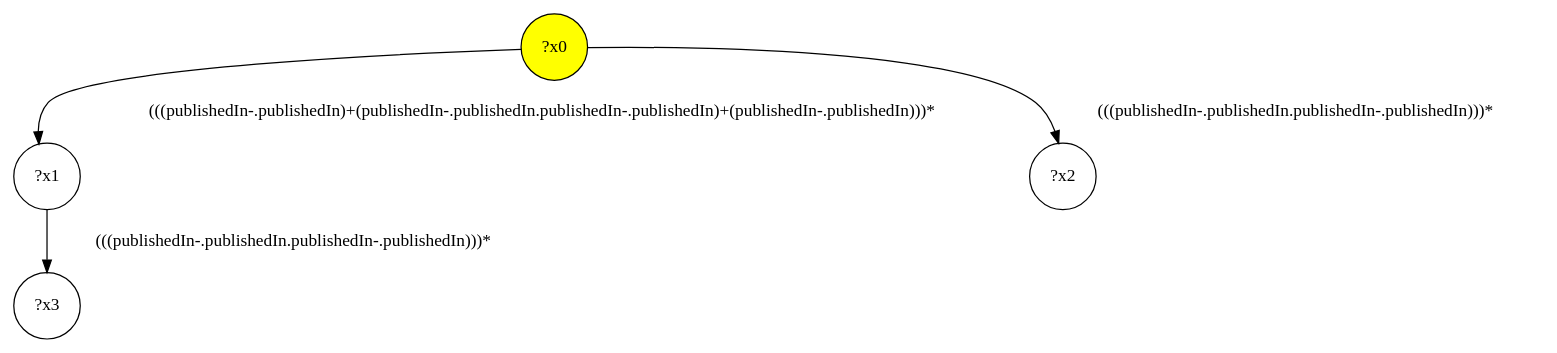
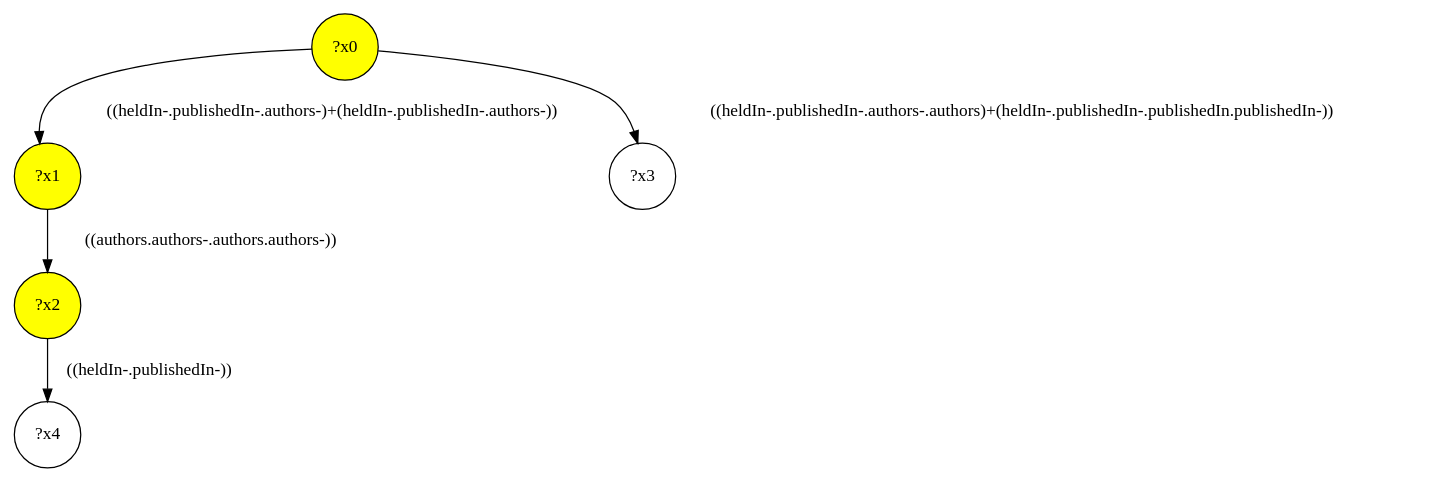
Before and after one commit to gbagan/gmark: the diagram in demo/test-a/test-a-interface/query-11.dot, drawn with Graphviz. The commit also changed 1061 other files, not shown here.

```diff
--- a/demo/test-a/test-a-interface/query-11.dot
+++ b/demo/test-a/test-a-interface/query-11.dot
@@ -1,9 +1,11 @@
 digraph g {
+	x1 [fillcolor="yellow", style="filled," shape=circle, label="?x1"];
+	x2 [fillcolor="yellow", style="filled," shape=circle, label="?x2"];
 	x0 [fillcolor="yellow", style="filled," shape=circle, label="?x0"];
-	x1 [shape=circle, label="?x1"];
-	x0 -> x1 [label="(((publishedIn-.publishedIn)+(publishedIn-.publishedIn.publishedIn-.publishedIn)+(publishedIn-.publishedIn)))*"];
-	x2 [shape=circle, label="?x2"];
-	x0 -> x2 [label="(((publishedIn-.publishedIn.publishedIn-.publishedIn)))*"];
+	x0 -> x1 [label="((heldIn-.publishedIn-.authors-)+(heldIn-.publishedIn-.authors-))"];
+	x1 -> x2 [label="((authors.authors-.authors.authors-))"];
 	x3 [shape=circle, label="?x3"];
-	x1 -> x3 [label="(((publishedIn-.publishedIn.publishedIn-.publishedIn)))*"];
+	x0 -> x3 [label="((heldIn-.publishedIn-.authors-.authors)+(heldIn-.publishedIn-.publishedIn.publishedIn-))"];
+	x4 [shape=circle, label="?x4"];
+	x2 -> x4 [label="((heldIn-.publishedIn-))"];
 }
```
